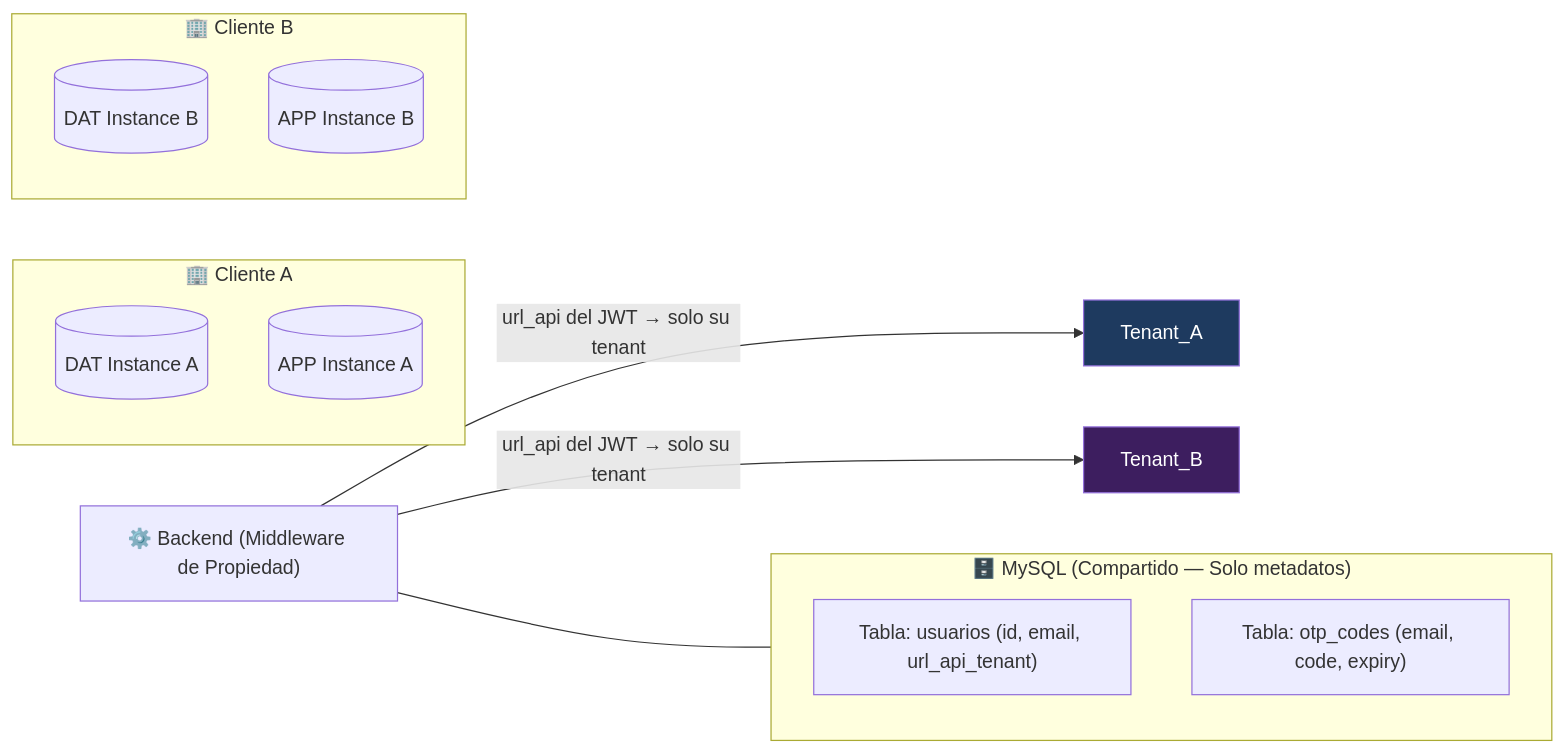
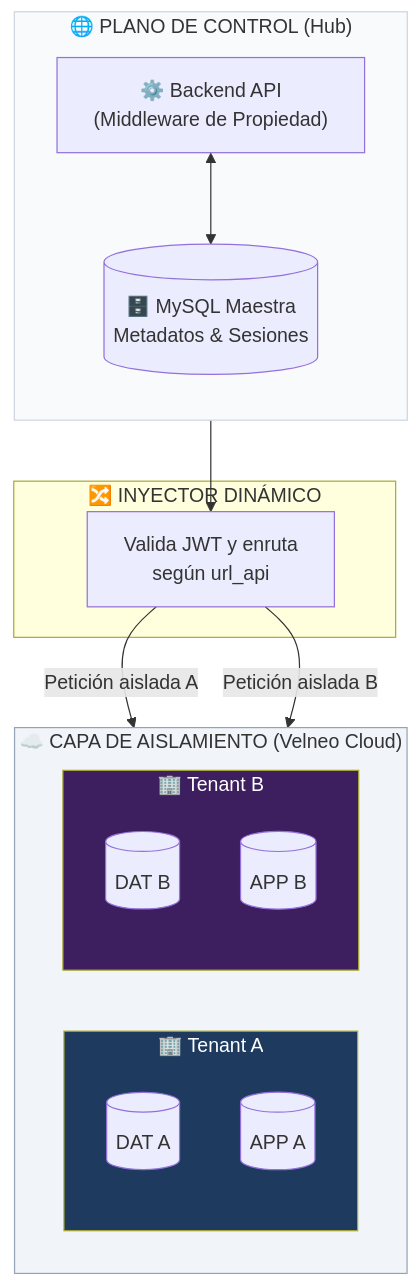
One commit to arturomiranda/ds-qs changed the third of 4 diagrams in web/Datta-Erp_Blueprint.md. Above: the diagram before and after it, drawn with Mermaid. The commit also changed other lines of this file and 7 other files, not shown here.

````diff
--- a/web/Datta-Erp_Blueprint.md
+++ b/web/Datta-Erp_Blueprint.md
@@ -225,25 +225,35 @@
 ```mermaid
-graph LR
-    subgraph Tenant A ["🏢 Cliente A"]
-        A_DAT[("DAT Instance A")]
-        A_APP[("APP Instance A")]
+flowchart TB
+    subgraph Hub ["🌐 PLANO DE CONTROL (Hub)"]
+        direction TB
+        API["⚙️ Backend API\n(Middleware de Propiedad)"]
+        MySQL[("🗄️ MySQL Maestra\nMetadatos & Sesiones")]
+        API <--> MySQL
     end
 
-    subgraph Tenant B ["🏢 Cliente B"]
-        B_DAT[("DAT Instance B")]
-        B_APP[("APP Instance B")]
+    subgraph Inyector ["🔀 INYECTOR DINÁMICO"]
+        INY["Valida JWT y enruta\nsegún url_api"]
     end
 
-    subgraph MySQL_Local ["🗄️ MySQL (Compartido — Solo metadatos)"]
-        USERS["Tabla: usuarios (id, email, url_api_tenant)"]
-        OTP["Tabla: otp_codes (email, code, expiry)"]
+    API --> INY
+
+    subgraph Tenants ["☁️ CAPA DE AISLAMIENTO (Velneo Cloud)"]
+        direction LR
+        subgraph TA ["🏢 Tenant A"]
+            DA[("DAT A")]
+            AA[("APP A")]
+        end
+        subgraph TB ["🏢 Tenant B"]
+            DB[("DAT B")]
+            AB[("APP B")]
+        end
     end
 
-    Backend["⚙️ Backend (Middleware de Propiedad)"]
-    Backend -->|"url_api del JWT → solo su tenant"| Tenant_A
-    Backend -->|"url_api del JWT → solo su tenant"| Tenant_B
-    Backend --- MySQL_Local
+    INY -->|"Petición aislada A"| TA
+    INY -->|"Petición aislada B"| TB
 
-    style Tenant_A fill:#1e3a5f,color:#fff
-    style Tenant_B fill:#3d1e5f,color:#fff
+    style Hub fill:#f8fafc,stroke:#cbd5e1
+    style Tenants fill:#f1f5f9,stroke:#94a3b8
+    style TA fill:#1e3a5f,color:#fff
+    style TB fill:#3d1e5f,color:#fff
 ```
````
